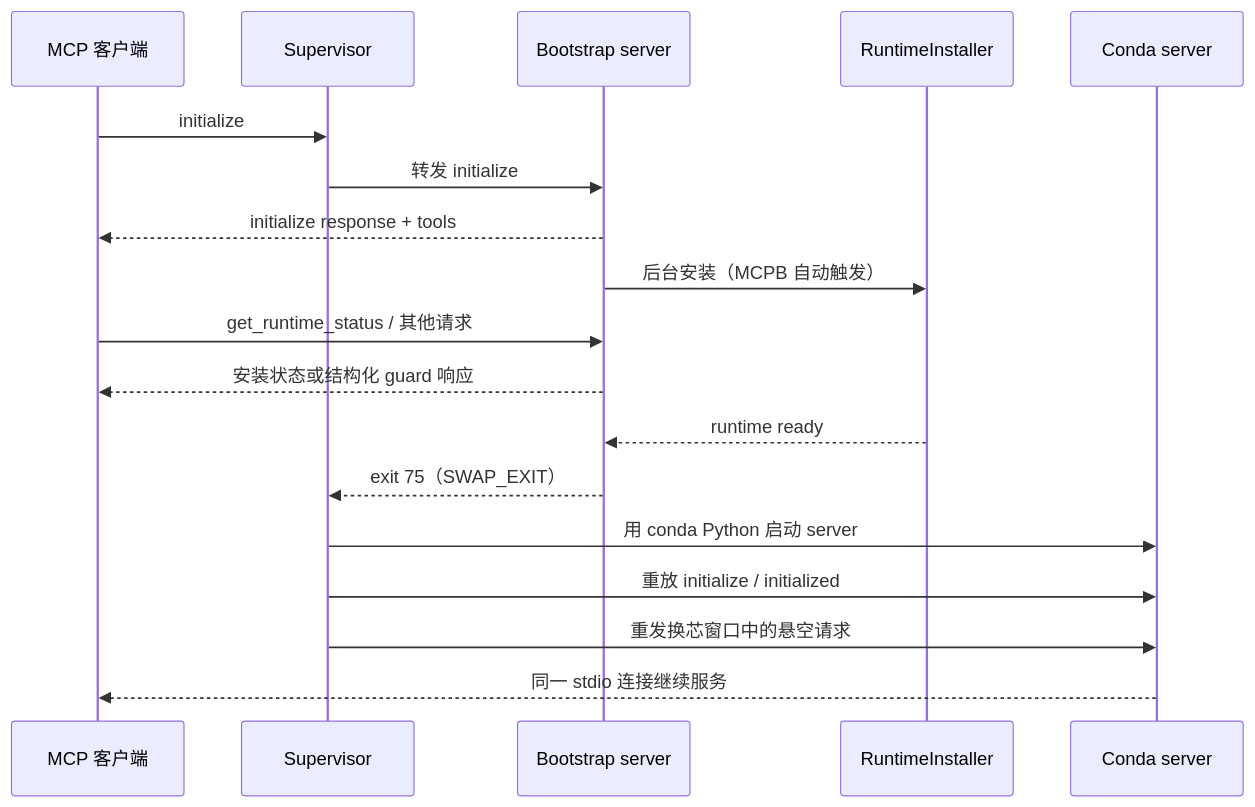
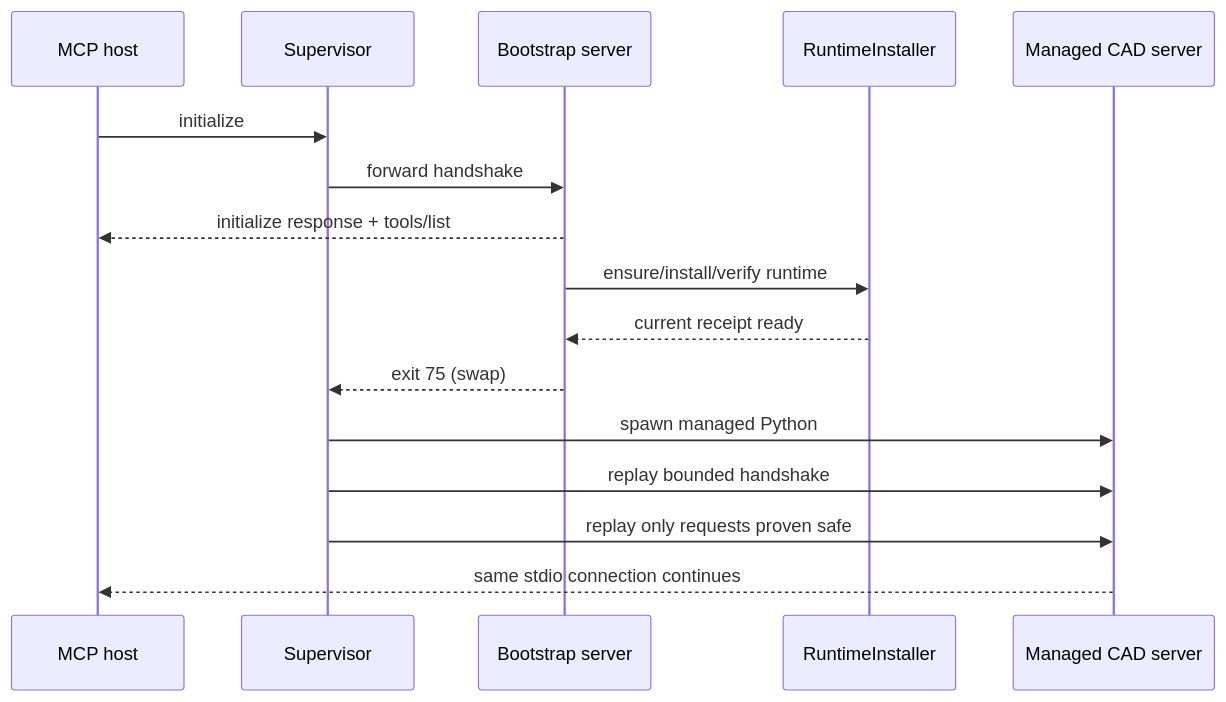
One commit to wangtao9090/VibeCAD changed the second of 3 diagrams in docs/ARCHITECTURE.md. Above: the diagram before and after it, drawn with Mermaid. The commit also changed other lines of this file and 6 other files, not shown here.

Commit message:
docs(architecture): reconcile Agent-first baseline

````diff
--- a/docs/ARCHITECTURE.md
+++ b/docs/ARCHITECTURE.md
@@ -65,21 +89,19 @@
 ```mermaid
 sequenceDiagram
-    participant C as MCP 客户端
-    participant P as Supervisor
+    participant H as MCP host
+    participant S as Supervisor
     participant B as Bootstrap server
     participant I as RuntimeInstaller
-    participant R as Conda server
+    participant C as Managed CAD server
 
-    C->>P: initialize
-    P->>B: 转发 initialize
-    B-->>C: initialize response + tools
-    B->>I: 后台安装（MCPB 自动触发）
-    C->>B: get_runtime_status / 其他请求
-    B-->>C: 安装状态或结构化 guard 响应
-    I-->>B: runtime ready
-    B-->>P: exit 75（SWAP_EXIT）
-    P->>R: 用 conda Python 启动 server
-    P->>R: 重放 initialize / initialized
-    P->>R: 重发换芯窗口中的悬空请求
-    R-->>C: 同一 stdio 连接继续服务
+    H->>S: initialize
+    S->>B: forward handshake
+    B-->>H: initialize response + tools/list
+    B->>I: ensure/install/verify runtime
+    I-->>B: current receipt ready
+    B-->>S: exit 75 (swap)
+    S->>C: spawn managed Python
+    S->>C: replay bounded handshake
+    S->>C: replay only requests proven safe
+    C-->>H: same stdio connection continues
 ```
````
